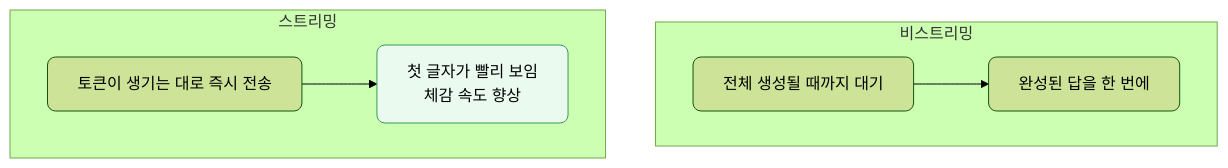
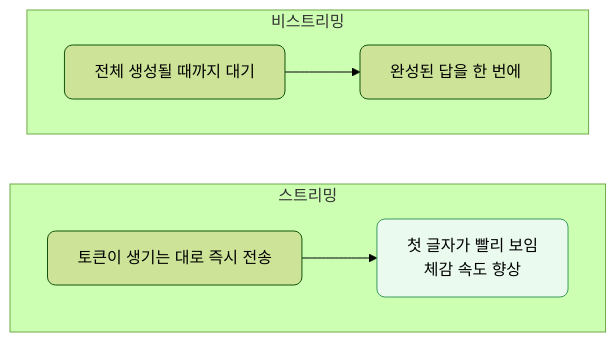
One commit to CodeCompose7/ai_service_engineering changed diagram 16 of 16 in docs/section1/lec02/README.md. Above: the diagram before and after it, drawn with Mermaid (forest theme). The commit also changed other lines of this file, not shown here.

First line of the commit message:
lec02: 비교용 mermaid subgraph를 세로 배치로 변경

````diff
--- a/docs/section1/lec02/README.md
+++ b/docs/section1/lec02/README.md
@@ -328,14 +332,15 @@
 ```mermaid
 flowchart TB
   subgraph NS["비스트리밍"]
     direction LR
     N1["전체 생성될 때까지 대기"] --> N2["완성된 답을 한 번에"]
   end
   subgraph ST["스트리밍"]
     direction LR
     S1["토큰이 생기는 대로 즉시 전송"] --> S2["첫 글자가 빨리 보임<br/>체감 속도 향상"]
   end
+  NS ~~~ ST
   classDef default rx:8,ry:8;
   classDef ok fill:#eafaef,stroke:#3a9a5c;
   class S2 ok;
 ```
````
